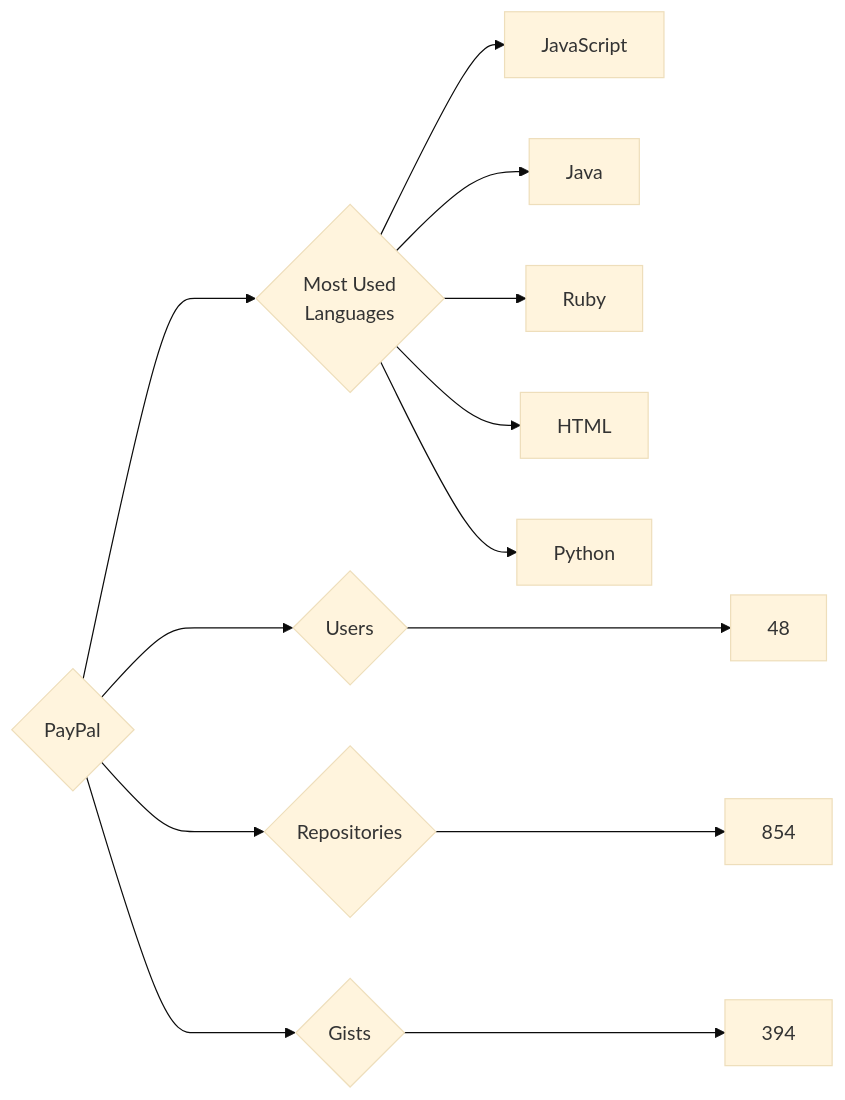
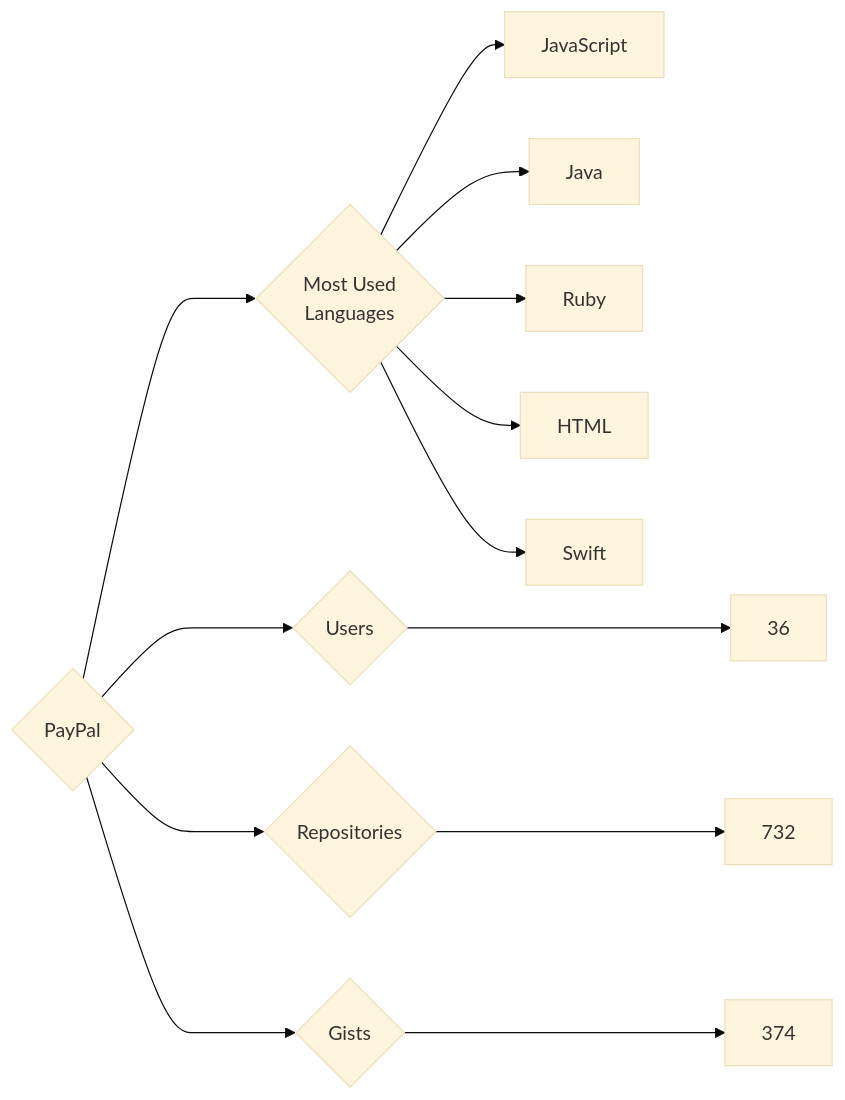
Before and after one commit to trickest/insiders: the diagram in targets/PayPal/README.md, drawn with Mermaid (base theme). The commit also changed 851 other files, not shown here.

````diff
--- a/targets/PayPal/README.md
+++ b/targets/PayPal/README.md
@@ -3,13 +3,13 @@
 ```mermaid
 graph LR
 COMPANY_NAME{PayPal}
-COMPANY_NAME ---> U{Users} ---> UN[48]
-COMPANY_NAME ---> R{Repositories} ---> RN[854]
-COMPANY_NAME ---> G{Gists} ---> GN[394]
+COMPANY_NAME ---> U{Users} ---> UN[36]
+COMPANY_NAME ---> R{Repositories} ---> RN[732]
+COMPANY_NAME ---> G{Gists} ---> GN[374]
 COMPANY_NAME ---> ML{Most Used<br>Languages}
 ML --> JavaScript[JavaScript]
 ML --> Java[Java]
 ML --> Ruby[Ruby]
 ML --> HTML[HTML]
-ML --> Python[Python]
+ML --> Swift[Swift]
 ```
````
